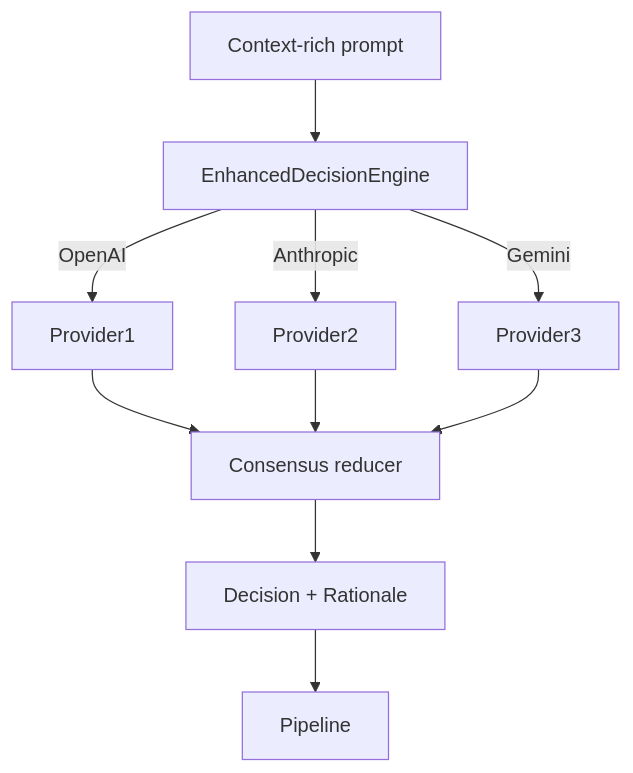
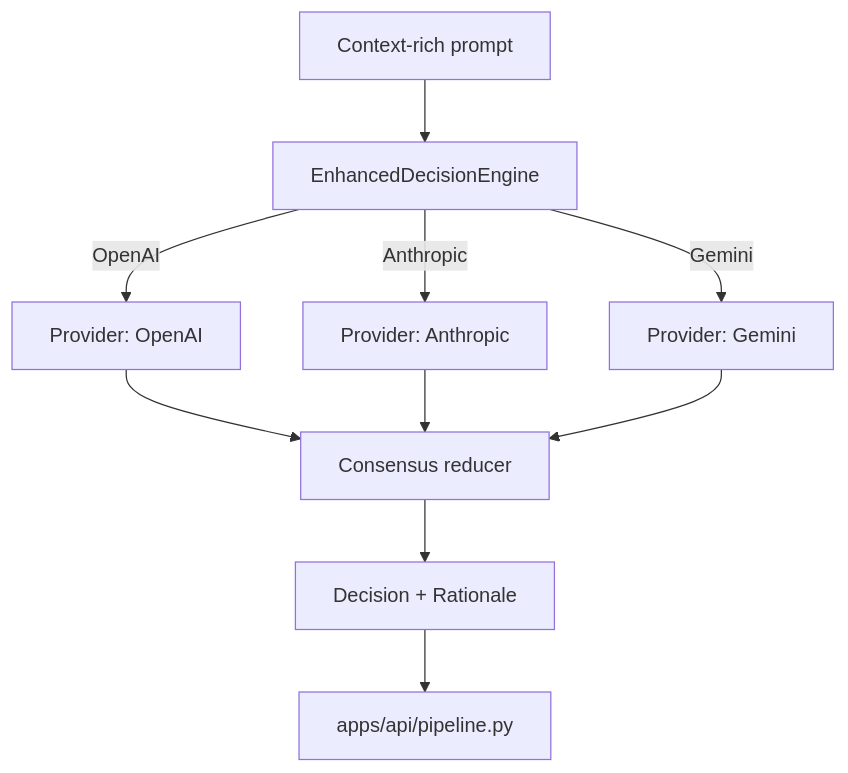
Diagram 11 of 11 in readme_updated.md (DevOpsMadDog/Fixops), drawn with Mermaid before and after one commit. The commit also changed other lines of this file, not shown here.

Commit message:
docs: repair mermaid diagrams

````diff
--- a/readme_updated.md
+++ b/readme_updated.md
@@ -504,12 +504,12 @@
 ```mermaid
 flowchart TD
-    Prompt[Context-rich prompt] --> Fanout[EnhancedDecisionEngine]
-    Fanout -->|OpenAI| Provider1
-    Fanout -->|Anthropic| Provider2
-    Fanout -->|Gemini| Provider3
-    Provider1 --> Reducer[Consensus reducer]
+    Prompt["Context-rich prompt"] --> Fanout["EnhancedDecisionEngine"]
+    Fanout -->|OpenAI| Provider1["Provider: OpenAI"]
+    Fanout -->|Anthropic| Provider2["Provider: Anthropic"]
+    Fanout -->|Gemini| Provider3["Provider: Gemini"]
+    Provider1 --> Reducer["Consensus reducer"]
     Provider2 --> Reducer
     Provider3 --> Reducer
-    Reducer --> Verdict[Decision + Rationale]
-    Verdict --> Pipeline
+    Reducer --> Verdict["Decision + Rationale"]
+    Verdict --> Pipeline["apps/api/pipeline.py"]
 ```
````
